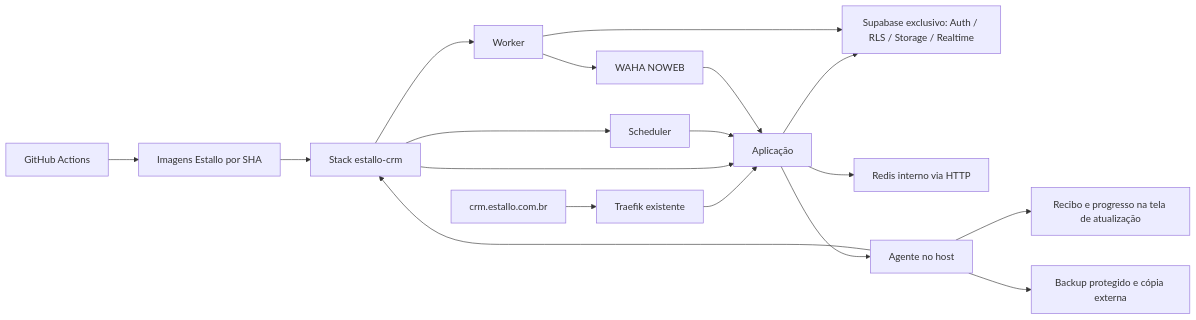
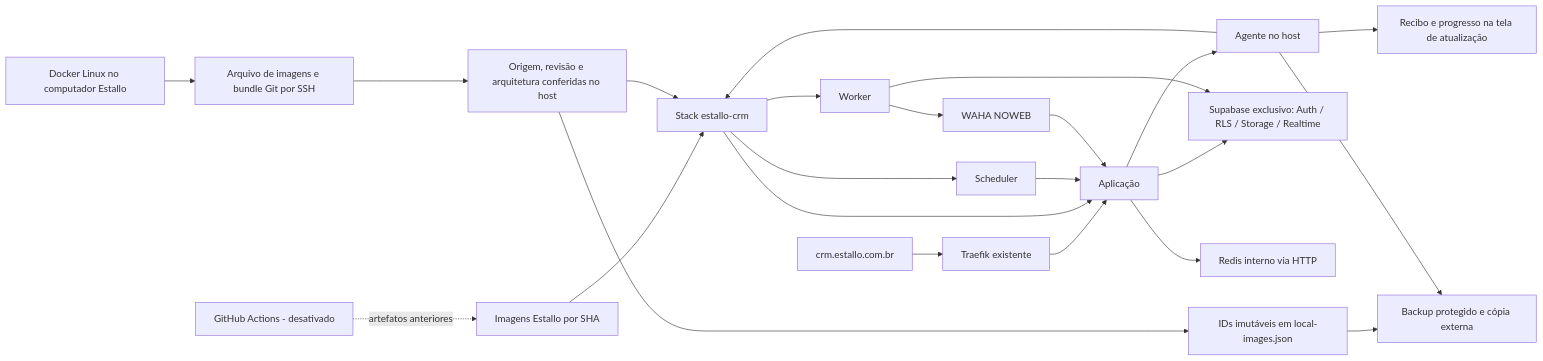
One commit to WJuniorL/estallo-crm changed the diagram in docs/architecture/estallo-vps.mmd. Above: the diagram before and after it, drawn with Mermaid. The commit also changed 4 other files, not shown here.

Commit message:
feat(deploy): permitir imagens locais verificadas no Swarm

```diff
--- a/docs/architecture/estallo-vps.mmd
+++ b/docs/architecture/estallo-vps.mmd
@@ -1,18 +1,23 @@
 flowchart LR
-  GitHub[GitHub Actions] --> GHCR[Imagens Estallo por SHA]
+  GitHub[GitHub Actions - desativado] -. artefatos anteriores .-> GHCR[Imagens Estallo por SHA]
   GHCR --> Swarm[Stack estallo-crm]
+  Local[Docker Linux no computador Estallo] --> Transfer[Arquivo de imagens e bundle Git por SSH]
+  Transfer --> Images[Origem, revisão e arquitetura conferidas no host]
+  Images --> Swarm
+  Images --> LocalRecords[IDs imutáveis em local-images.json]
+  LocalRecords --> Backup
   DNS[crm.estallo.com.br] --> Traefik[Traefik existente]
   Traefik --> App[Aplicação]
   Swarm --> App
   Swarm --> Worker[Worker]
   Swarm --> Scheduler[Scheduler]
   Scheduler --> App
   App --> Supabase[Supabase exclusivo: Auth / RLS / Storage / Realtime]
   Worker --> Supabase
   Worker --> WAHA[WAHA NOWEB]
   WAHA --> App
   App --> Redis[Redis interno via HTTP]
   Host[Agente no host] --> Swarm
   App --> Host
   Host --> Recibo[Recibo e progresso na tela de atualização]
   Host --> Backup[Backup protegido e cópia externa]
```
